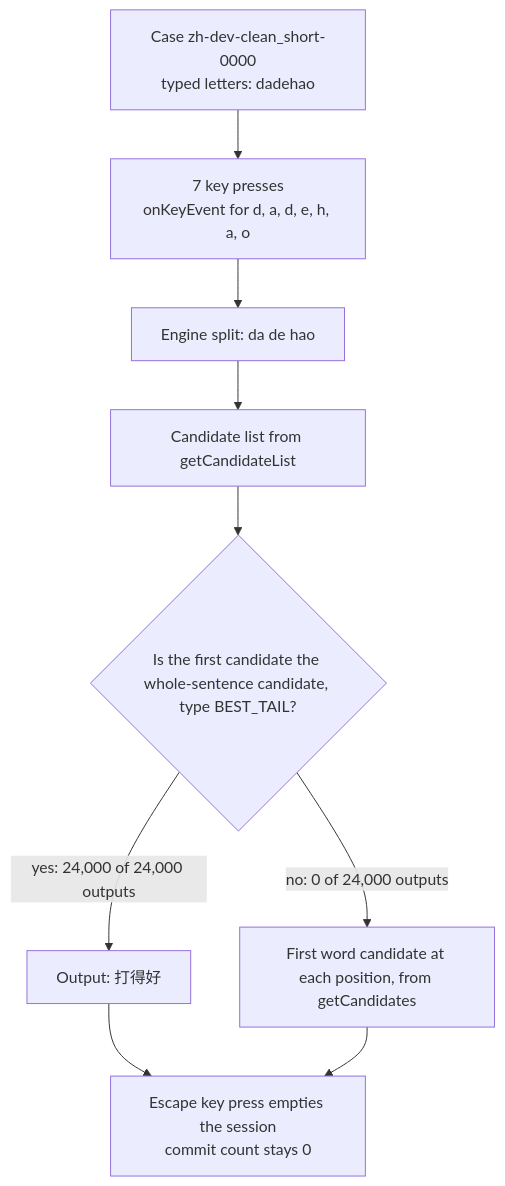
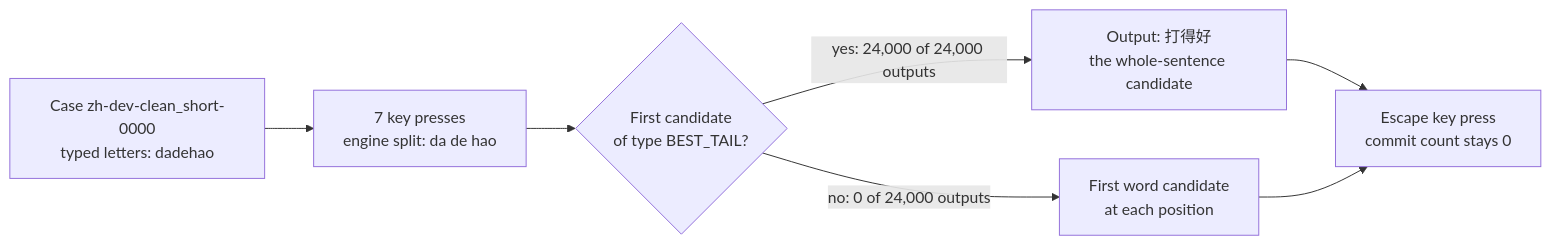
Before and after one commit to YilongJu/iphone-duo-keyboard: the second of 2 diagrams in scripts/typing-evaluation/engines/sunpinyin/README.md, drawn with Mermaid. The commit also changed other lines of this file, not shown here.

Commit message:
Lay out the two README figures so their labels stay readable
The bar chart is horizontal, and the flowchart of one case runs left to right.

````diff
--- a/scripts/typing-evaluation/engines/sunpinyin/README.md
+++ b/scripts/typing-evaluation/engines/sunpinyin/README.md
@@ -179,11 +179,9 @@
 ```mermaid
-flowchart TD
-    case["Case zh-dev-clean_short-0000<br/>typed letters: dadehao"] --> keys["7 key presses<br/>onKeyEvent for d, a, d, e, h, a, o"]
-    keys --> split["Engine split: da de hao"]
-    split --> list["Candidate list from getCandidateList"]
-    list --> kind{"Is the first candidate the whole-sentence candidate, type BEST_TAIL?"}
-    kind -- "yes: 24,000 of 24,000 outputs" --> sentence["Output: 打得好"]
-    kind -- "no: 0 of 24,000 outputs" --> words["First word candidate at each position, from getCandidates"]
-    sentence --> escape["Escape key press empties the session<br/>commit count stays 0"]
+flowchart LR
+    typed["Case zh-dev-clean_short-0000<br/>typed letters: dadehao"] --> keys["7 key presses<br/>engine split: da de hao"]
+    keys --> kind{"First candidate<br/>of type BEST_TAIL?"}
+    kind -- "yes: 24,000 of 24,000 outputs" --> sentence["Output: 打得好<br/>the whole-sentence candidate"]
+    kind -- "no: 0 of 24,000 outputs" --> words["First word candidate<br/>at each position"]
+    sentence --> escape["Escape key press<br/>commit count stays 0"]
     words --> escape
 ```
````
